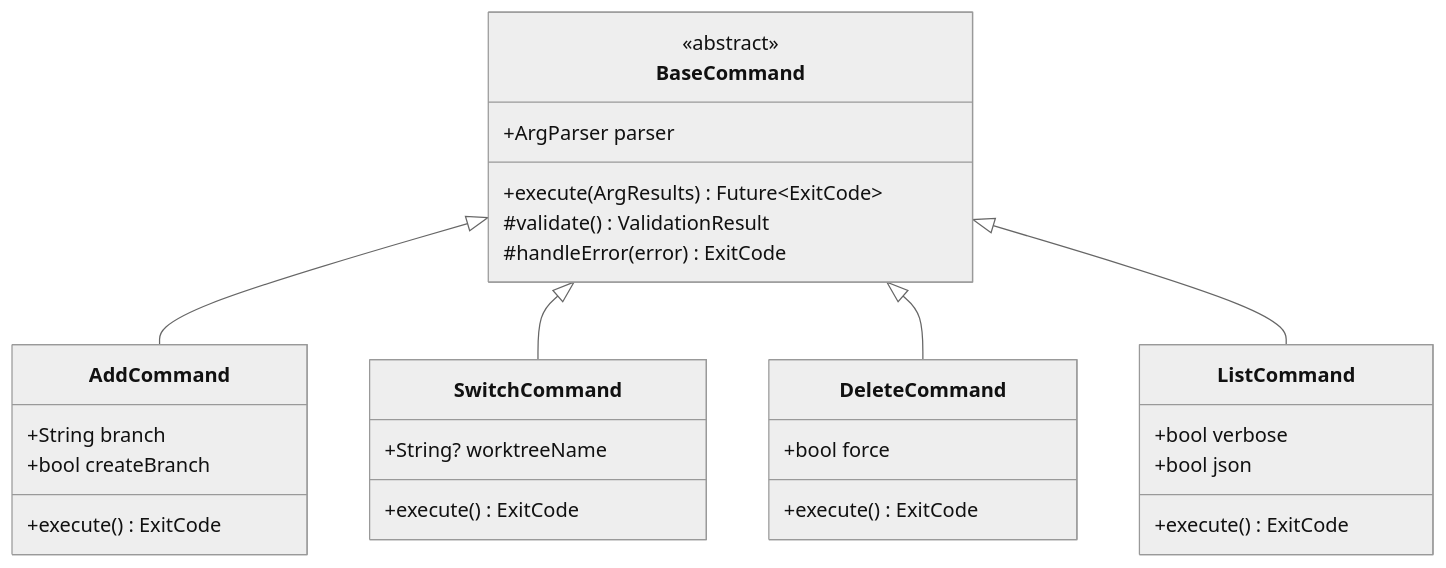
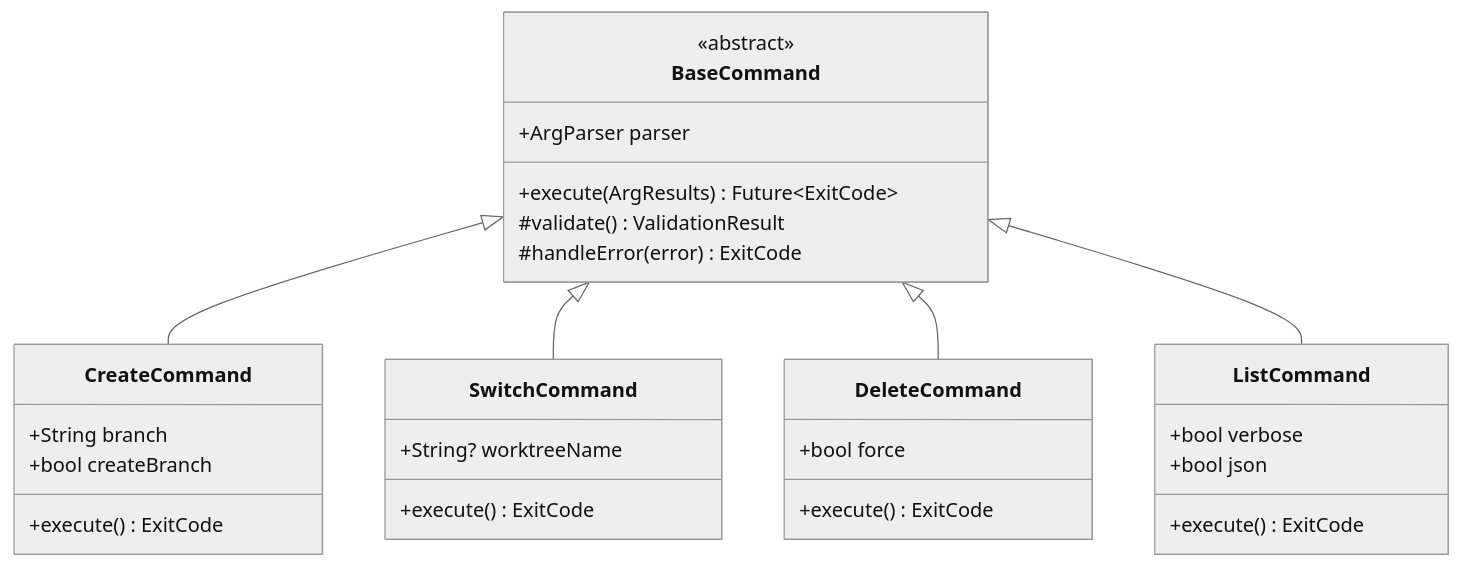
One commit to timovandeput/gwm changed the second of 12 diagrams in docs/ARCHITECTURE.md. Above: the diagram before and after it, drawn with Mermaid (neutral theme). The commit also changed other lines of this file and 28 other files, not shown here.

Commit message:
feat: Change "add" command to "create"

````diff
--- a/docs/ARCHITECTURE.md
+++ b/docs/ARCHITECTURE.md
@@ -98,37 +98,37 @@
 ```mermaid
 classDiagram
     class BaseCommand {
         <<abstract>>
         +ArgParser parser
         +execute(ArgResults) Future~ExitCode~
         #validate() ValidationResult
         #handleError(error) ExitCode
     }
 
-    class AddCommand {
+    class CreateCommand {
         +String branch
         +bool createBranch
         +execute() ExitCode
     }
 
     class SwitchCommand {
         +String? worktreeName
         +execute() ExitCode
     }
 
     class DeleteCommand {
         +bool force
         +execute() ExitCode
     }
 
     class ListCommand {
         +bool verbose
         +bool json
         +execute() ExitCode
     }
 
-    BaseCommand <|-- AddCommand
+    BaseCommand <|-- CreateCommand
     BaseCommand <|-- SwitchCommand
     BaseCommand <|-- DeleteCommand
     BaseCommand <|-- ListCommand
 ```
````
